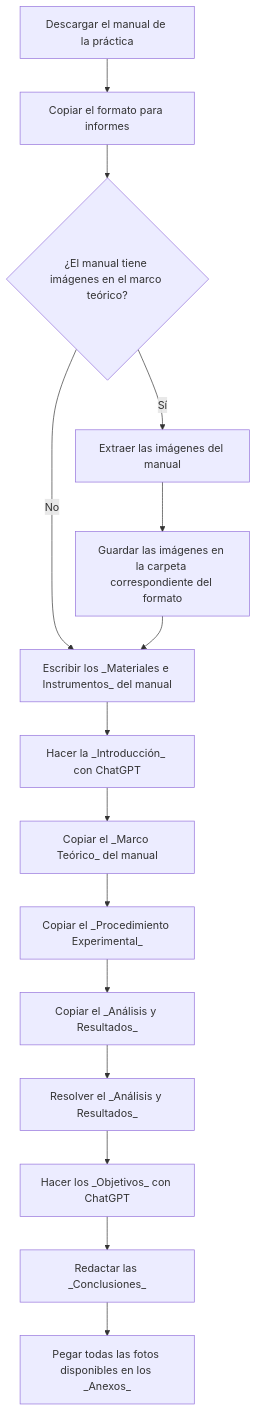
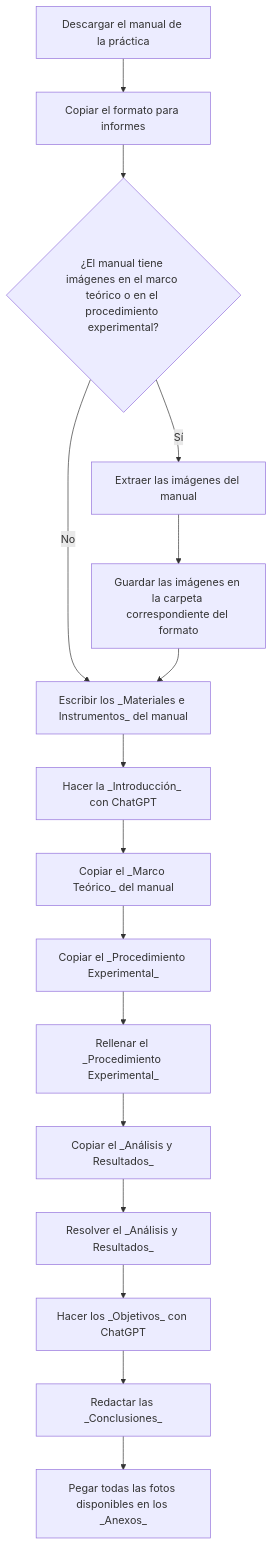
Before and after one commit to IvanHHdz/Clases: the diagram in IE221/Lab/README.md, drawn with Mermaid. The commit also changed 12 other files, not shown here.

````diff
--- a/IE221/Lab/README.md
+++ b/IE221/Lab/README.md
@@ -7,32 +7,34 @@
 ```mermaid
 flowchart TD
     A --> B
     B --> C
     C -- Sí --> D
     D --> E
     C -- No --> F
     E --> F
     F --> G
     G --> H
     H --> I
     I --> J
     J --> K
     K --> L
     L --> M
     M --> N
+    N --> O
 
     A[Descargar el manual de la práctica]
     B[Copiar el formato para informes]
-    C{¿El manual tiene imágenes en el marco teórico?}
+    C{¿El manual tiene imágenes en el marco teórico o en el procedimiento experimental?}
     D[Extraer las imágenes del manual]
     E[Guardar las imágenes en la carpeta correspondiente del formato]
     F[Escribir los _Materiales e Instrumentos_ del manual]
     G[Hacer la _Introducción_ con ChatGPT]
     H[Copiar el _Marco Teórico_ del manual]
     I[Copiar el _Procedimiento Experimental_]
-    J[Copiar el _Análisis y Resultados_]
-    K[Resolver el _Análisis y Resultados_]
-    L[Hacer los _Objetivos_ con ChatGPT]
-    M[Redactar las _Conclusiones_]
-    N[Pegar todas las fotos disponibles en los _Anexos_]
+    J[Rellenar el _Procedimiento Experimental_]
+    K[Copiar el _Análisis y Resultados_]
+    L[Resolver el _Análisis y Resultados_]
+    M[Hacer los _Objetivos_ con ChatGPT]
+    N[Redactar las _Conclusiones_]
+    O[Pegar todas las fotos disponibles en los _Anexos_]
 ```
````
